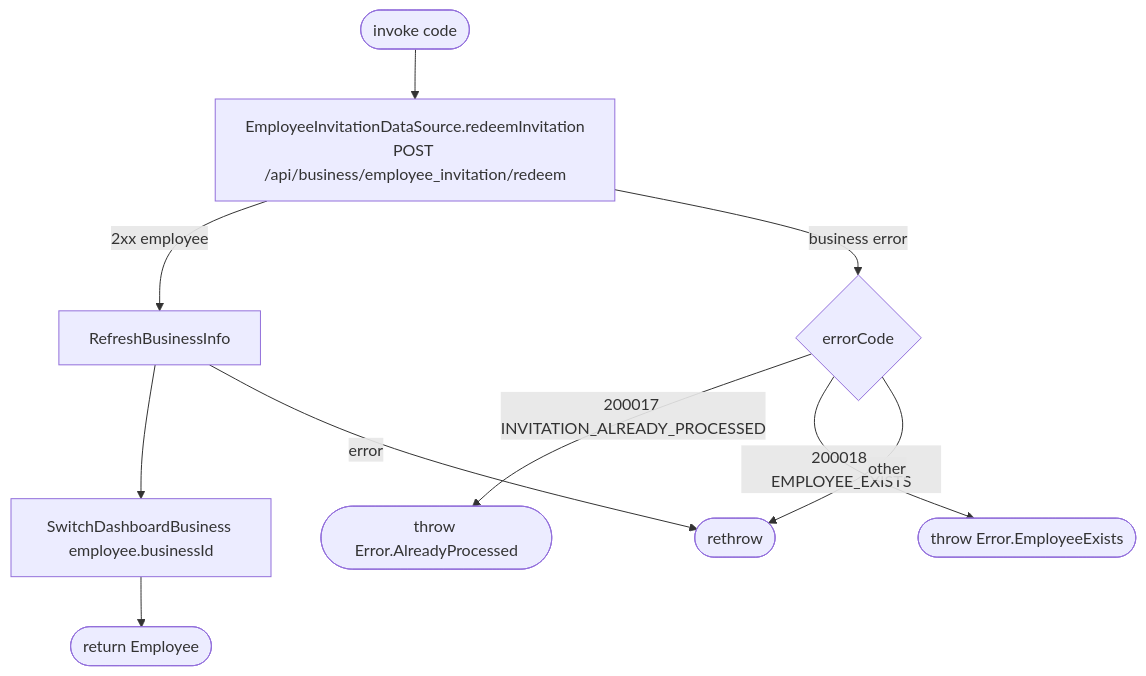
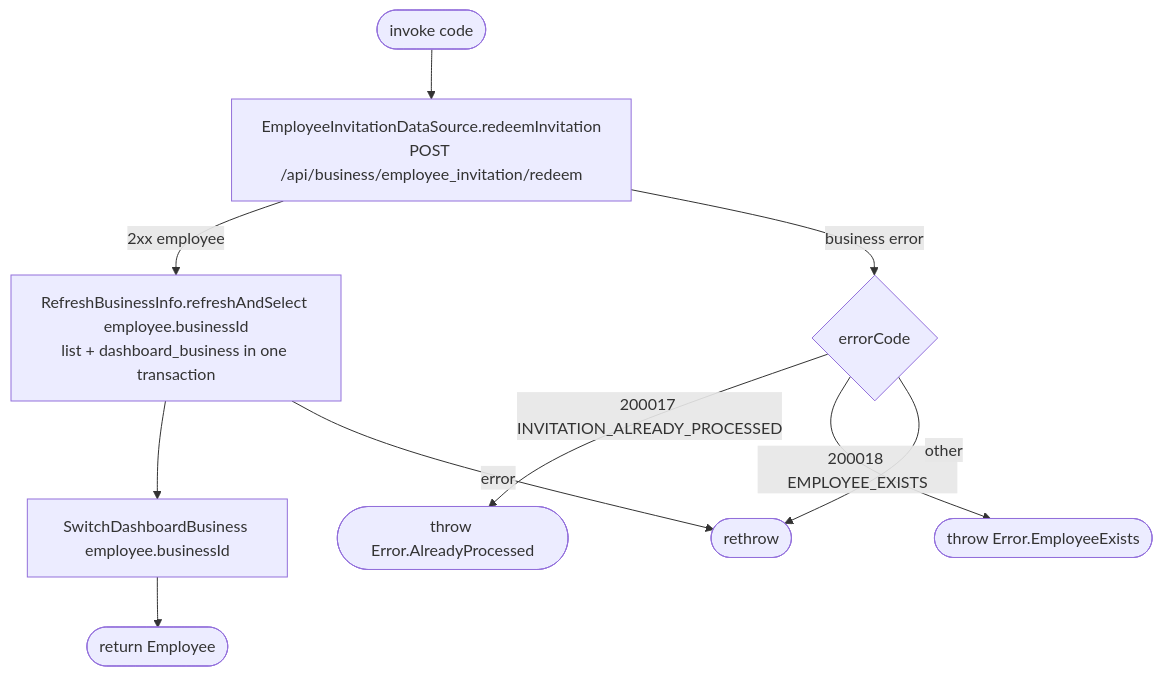
The diagram in docs/operations/employees/redeem-employee-invitation.md (nocturneproperties/bookkme-client), drawn with Mermaid before and after one commit. The commit also changed other lines of this file and 32 other files, not shown here.

````diff
--- a/docs/operations/employees/redeem-employee-invitation.md
+++ b/docs/operations/employees/redeem-employee-invitation.md
@@ -13,12 +15,12 @@
 ```mermaid
 flowchart TD
     Start([invoke code]) --> Net[EmployeeInvitationDataSource.redeemInvitation<br/>POST /api/business/employee_invitation/redeem]
-    Net -- 2xx employee --> Refresh[RefreshBusinessInfo]
+    Net -- 2xx employee --> Refresh[RefreshBusinessInfo.refreshAndSelect employee.businessId<br/>list + dashboard_business in one transaction]
     Refresh --> Switch[SwitchDashboardBusiness employee.businessId]
     Switch --> R([return Employee])
     Net -- business error --> Code{errorCode}
     Code -- 200017 INVITATION_ALREADY_PROCESSED --> E1([throw Error.AlreadyProcessed])
     Code -- 200018 EMPLOYEE_EXISTS --> E2([throw Error.EmployeeExists])
     Code -- other --> EX([rethrow])
     Refresh -- error --> EX
 ```
````
